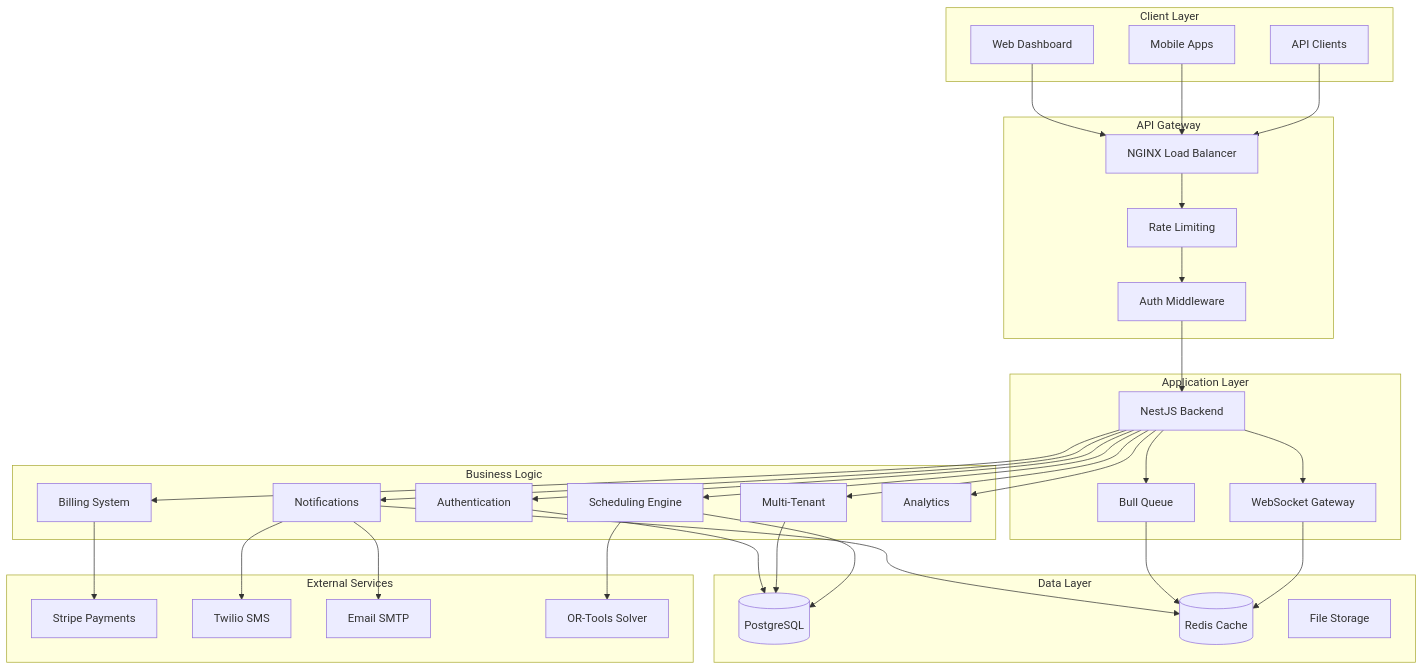
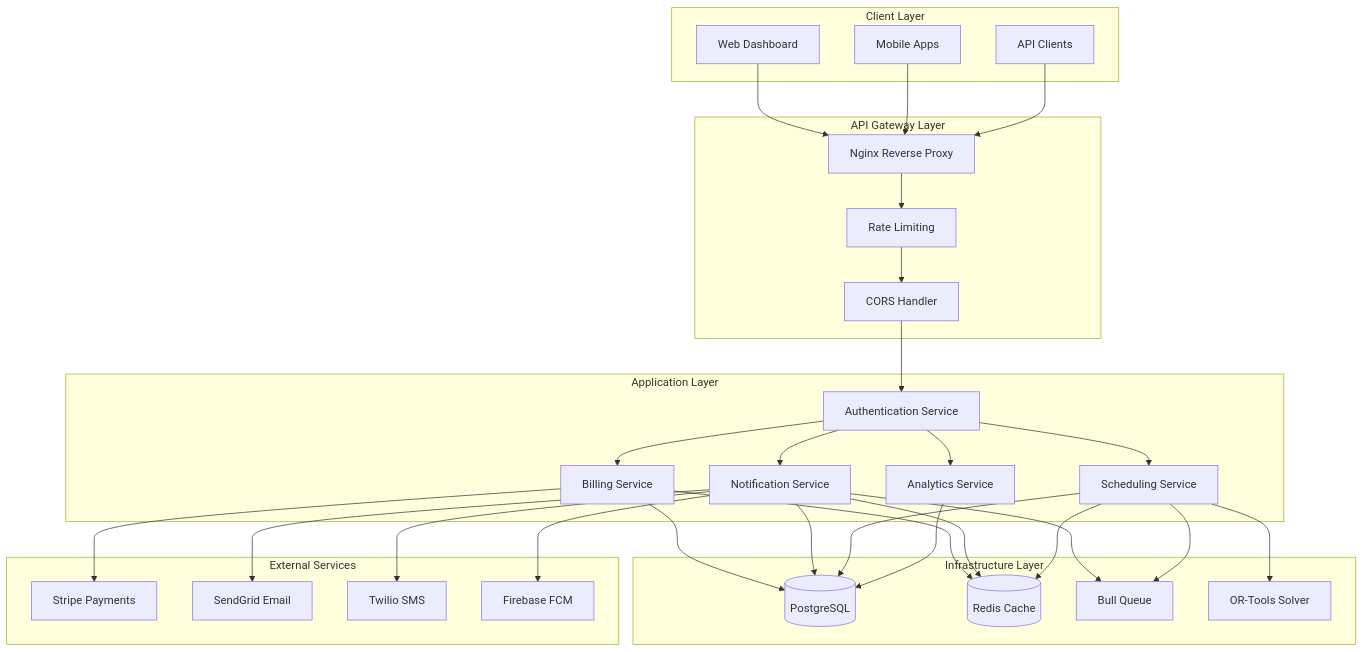
Before and after one commit to abdoElHodaky/sasscolmng: the first of 14 diagrams in docs/ARCHITECTURE.md, drawn with Mermaid. The commit also changed other lines of this file and 18 other files, not shown here.

````diff
--- a/docs/ARCHITECTURE.md
+++ b/docs/ARCHITECTURE.md
@@ -19,73 +31,68 @@
 ```mermaid
 graph TB
     subgraph "Client Layer"
         WEB[Web Dashboard]
         MOBILE[Mobile Apps]
         API_CLIENT[API Clients]
     end
-    
-    subgraph "API Gateway"
-        NGINX[NGINX Load Balancer]
+
+    subgraph "API Gateway Layer"
+        NGINX[Nginx Reverse Proxy]
         RATE_LIMIT[Rate Limiting]
-        AUTH_MIDDLEWARE[Auth Middleware]
+        CORS[CORS Handler]
     end
-    
+
     subgraph "Application Layer"
-        NESTJS[NestJS Backend]
-        WEBSOCKET[WebSocket Gateway]
-        QUEUE[Bull Queue]
+        AUTH[Authentication Service]
+        BILLING[Billing Service]
+        NOTIFICATION[Notification Service]
+        SCHEDULING[Scheduling Service]
+        ANALYTICS[Analytics Service]
     end
-    
-    subgraph "Business Logic"
-        AUTH[Authentication]
-        TENANT[Multi-Tenant]
-        SCHEDULING[Scheduling Engine]
-        NOTIFICATIONS[Notifications]
-        BILLING[Billing System]
-        ANALYTICS[Analytics]
-    end
-    
-    subgraph "Data Layer"
+
+    subgraph "Infrastructure Layer"
         POSTGRES[(PostgreSQL)]
         REDIS[(Redis Cache)]
-        FILES[File Storage]
+        QUEUE[Bull Queue]
+        SOLVER[OR-Tools Solver]
     end
-    
+
     subgraph "External Services"
         STRIPE[Stripe Payments]
+        SENDGRID[SendGrid Email]
         TWILIO[Twilio SMS]
-        SMTP[Email SMTP]
-        ORTOOLS[OR-Tools Solver]
+        FIREBASE[Firebase FCM]
     end
-    
+
     WEB --> NGINX
     MOBILE --> NGINX
     API_CLIENT --> NGINX
     
     NGINX --> RATE_LIMIT
-    RATE_LIMIT --> AUTH_MIDDLEWARE
-    AUTH_MIDDLEWARE --> NESTJS
+    RATE_LIMIT --> CORS
+    CORS --> AUTH
     
-    NESTJS --> AUTH
-    NESTJS --> TENANT
-    NESTJS --> SCHEDULING
-    NESTJS --> NOTIFICATIONS
-    NESTJS --> BILLING
-    NESTJS --> ANALYTICS
+    AUTH --> BILLING
+    AUTH --> NOTIFICATION
+    AUTH --> SCHEDULING
+    AUTH --> ANALYTICS
     
-    NESTJS --> WEBSOCKET
-    NESTJS --> QUEUE
+    BILLING --> POSTGRES
+    NOTIFICATION --> POSTGRES
+    SCHEDULING --> POSTGRES
+    ANALYTICS --> POSTGRES
     
-    AUTH --> POSTGRES
-    TENANT --> POSTGRES
-    SCHEDULING --> POSTGRES
-    SCHEDULING --> ORTOOLS
-    NOTIFICATIONS --> REDIS
+    BILLING --> REDIS
+    NOTIFICATION --> REDIS
+    SCHEDULING --> REDIS
+    
+    NOTIFICATION --> QUEUE
+    SCHEDULING --> QUEUE
+    
+    SCHEDULING --> SOLVER
+    
     BILLING --> STRIPE
-    
-    QUEUE --> REDIS
-    WEBSOCKET --> REDIS
-    
-    NOTIFICATIONS --> SMTP
-    NOTIFICATIONS --> TWILIO
+    NOTIFICATION --> SENDGRID
+    NOTIFICATION --> TWILIO
+    NOTIFICATION --> FIREBASE
 ```
````
